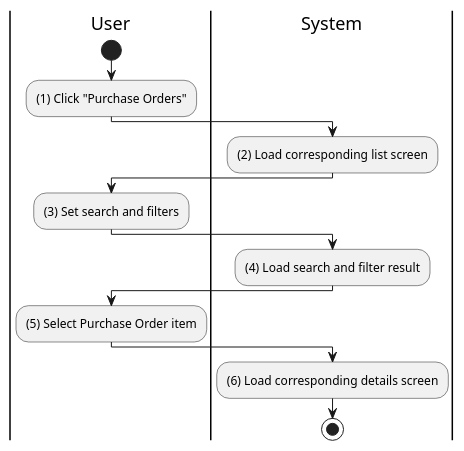
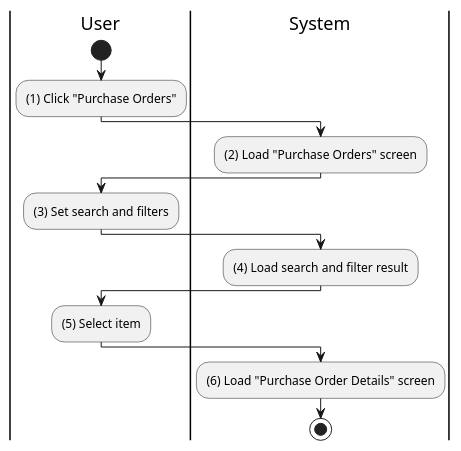
The diagram in activities/purchase-order-view.plantuml (phihungha/scmss-reqs), drawn with PlantUML before and after one commit. The commit also changed 9 other files, not shown here.

Commit message:
Improve purchase order activities

```diff
--- a/activities/purchase-order-view.plantuml
+++ b/activities/purchase-order-view.plantuml
@@ -1,24 +1,24 @@
 @startuml purchase-order-view
 |u|User
 |s|System
 
 |u|
 start
 :(1) Click "Purchase Orders";
 
 |s|
-:(2) Load corresponding list screen;
+:(2) Load "Purchase Orders" screen;
 
 |u|
 :(3) Set search and filters;
 
 |s|
 :(4) Load search and filter result;
 
 |u|
-:(5) Select Purchase Order item;
+:(5) Select item;
 
 |s|
-:(6) Load corresponding details screen;
+:(6) Load "Purchase Order Details" screen;
 stop
 @enduml
```
